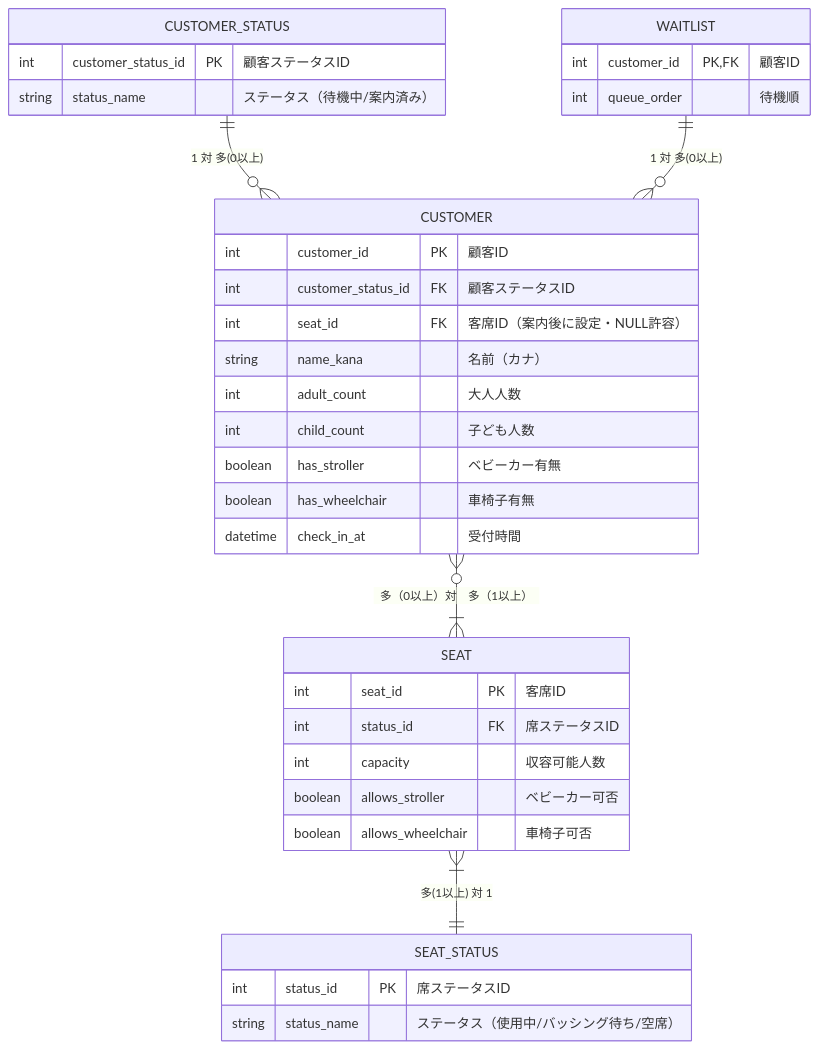
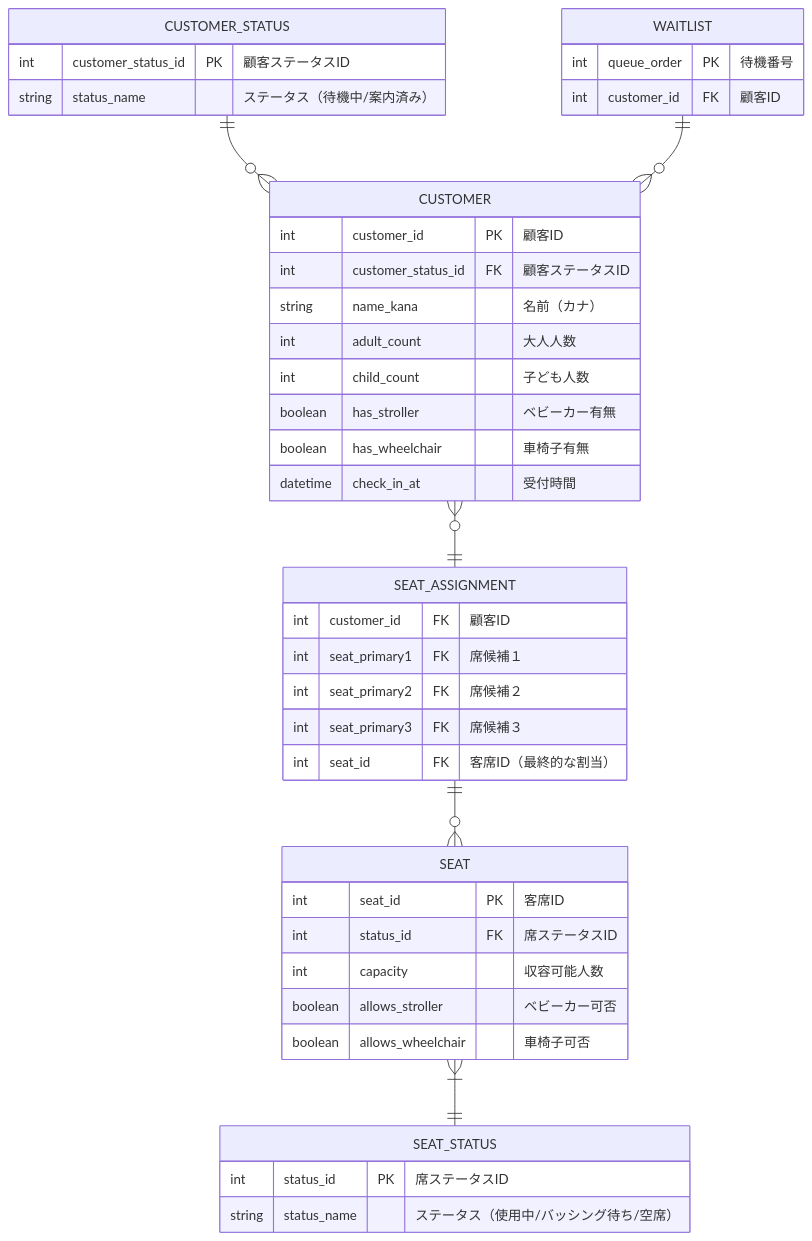
One commit to itosawa5224-netizen/restaurant-attend changed the diagram in docs/03_database.md. Above: the diagram before and after it, drawn with Mermaid. The commit also changed other lines of this file, not shown here.

Commit message:
追加：DB設計（説明文の追加）

````diff
--- a/docs/03_database.md
+++ b/docs/03_database.md
@@ -7,46 +7,53 @@
 ```mermaid
 
 erDiagram
-    CUSTOMER_STATUS ||--o{ CUSTOMER : "1 対 多(0以上)"
-    WAITLIST ||--o{ CUSTOMER : "1 対 多(0以上)"
-    CUSTOMER }o--|{ SEAT : "多（0以上）対　多（1以上）"
-    SEAT }|--|| SEAT_STATUS : "多(1以上) 対 1"
+    CUSTOMER_STATUS ||--o{ CUSTOMER : ""
+    WAITLIST ||--o{ CUSTOMER : ""
+   
+    CUSTOMER }o--|| SEAT_ASSIGNMENT : ""
+    SEAT_ASSIGNMENT ||--o{ SEAT : ""
+    SEAT }|--|| SEAT_STATUS : ""
 
     CUSTOMER_STATUS {
         int customer_status_id PK "顧客ステータスID"
         string status_name "ステータス（待機中/案内済み）"
     }
 
     WAITLIST {
-        int customer_id PK,FK "顧客ID"
-        int queue_order "待機順"
+        int queue_order PK "待機番号"
+        int customer_id FK "顧客ID"
     }
 
     CUSTOMER {
         int customer_id PK "顧客ID"
         int customer_status_id FK "顧客ステータスID"
-        int seat_id FK "客席ID（案内後に設定・NULL許容）"
         string name_kana "名前（カナ）"
         int adult_count "大人人数"
         int child_count "子ども人数"
         boolean has_stroller "ベビーカー有無"
         boolean has_wheelchair "車椅子有無"
         datetime check_in_at "受付時間"
     }
 
-
+    SEAT_ASSIGNMENT {
+        int customer_id FK "顧客ID"
+        int seat_primary1 FK "席候補１"
+        int seat_primary2 FK "席候補２"
+        int seat_primary3 FK "席候補３"
+        int seat_id FK "客席ID（最終的な割当）"
+    }
 
     SEAT {
         int seat_id PK "客席ID"
         int status_id FK "席ステータスID"
         int capacity "収容可能人数"
         boolean allows_stroller "ベビーカー可否"
         boolean allows_wheelchair "車椅子可否"
     }
 
     SEAT_STATUS {
         int status_id PK "席ステータスID"
         string status_name "ステータス（使用中/バッシング待ち/空席）"
     }
 
 ```
````
